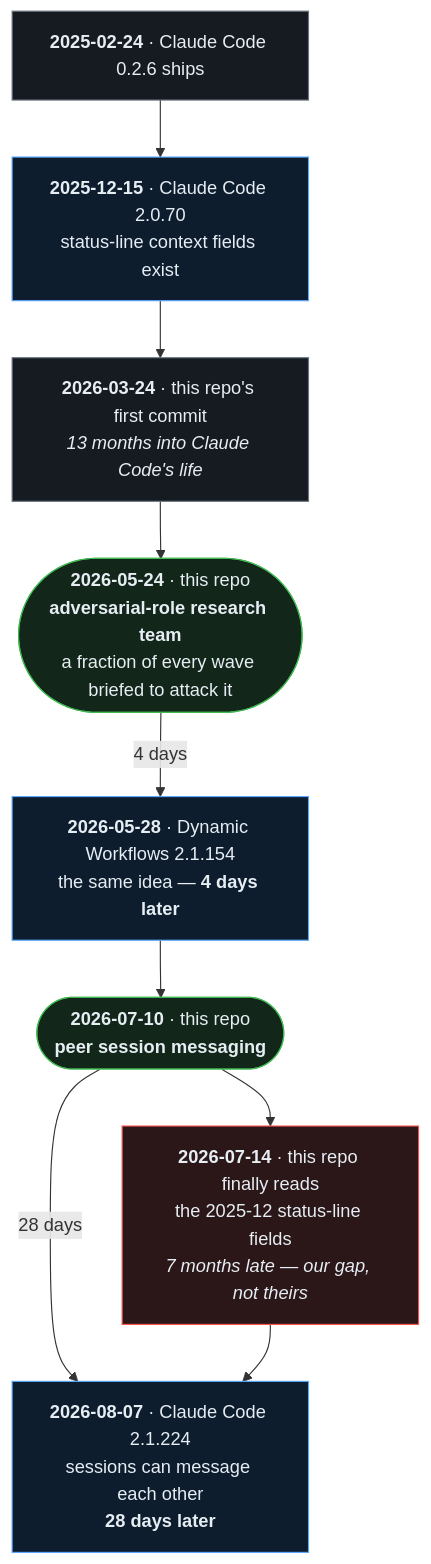
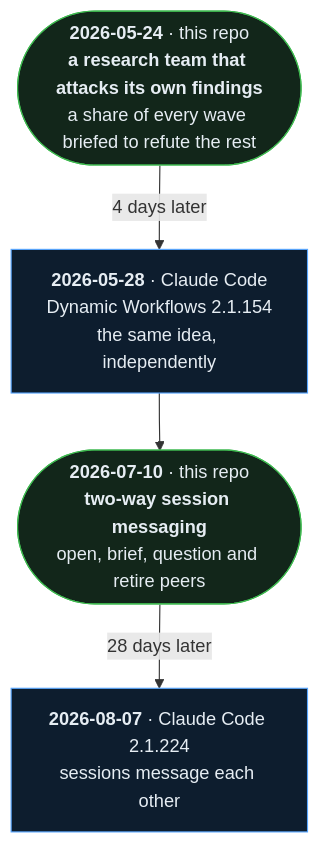
One commit to renchris/claude-infrastructure changed the first of 7 diagrams in README.md. Above: the diagram before and after it, drawn with Mermaid. The commit also changed other lines of this file and 7 other files, not shown here.

````diff
--- a/README.md
+++ b/README.md
@@ -74,25 +74,14 @@
 ```mermaid
 flowchart TB
-    T0["<b>2025-02-24</b> · Claude Code 0.2.6 ships"]
-    T1["<b>2025-12-15</b> · Claude Code 2.0.70<br/>status-line context fields exist"]
-    T2["<b>2026-03-24</b> · this repo's first commit<br/><i>13 months into Claude Code's life</i>"]
-    T3(["<b>2026-05-24</b> · this repo<br/><b>adversarial-role research team</b><br/>a fraction of every wave briefed to attack it"])
-    T4["<b>2026-05-28</b> · Dynamic Workflows 2.1.154<br/>the same idea — <b>4 days later</b>"]
-    T5(["<b>2026-07-10</b> · this repo<br/><b>peer session messaging</b>"])
-    T6["<b>2026-07-14</b> · this repo finally reads<br/>the 2025-12 status-line fields<br/><i>7 months late — our gap, not theirs</i>"]
-    T7["<b>2026-08-07</b> · Claude Code 2.1.224<br/>sessions can message each other<br/><b>28 days later</b>"]
-    T0 --> T1 --> T2 --> T3
-    T3 -->|"4 days"| T4
-    T4 --> T5
-    T5 -->|"28 days"| T7
-    T5 --> T6
-    T6 --> T7
+    A(["<b>2026-05-24</b> · this repo<br/><b>a research team that attacks its own findings</b><br/>a share of every wave briefed to refute the rest"])
+    B["<b>2026-05-28</b> · Claude Code<br/>Dynamic Workflows 2.1.154<br/>the same idea, independently"]
+    C(["<b>2026-07-10</b> · this repo<br/><b>two-way session messaging</b><br/>open, brief, question and retire peers"])
+    D["<b>2026-08-07</b> · Claude Code 2.1.224<br/>sessions message each other"]
+    A -->|"4 days later"| B
+    B --> C
+    C -->|"28 days later"| D
     classDef cc fill:#0d1d2e,stroke:#58a6ff,color:#e6edf3
     classDef win fill:#12261a,stroke:#3fb950,color:#e6edf3
-    classDef late fill:#2b1618,stroke:#f85149,color:#e6edf3
-    classDef base fill:#161b22,stroke:#6e7681,color:#e6edf3
-    class T0,T2 base
-    class T1,T4,T7 cc
-    class T3,T5 win
-    class T6 late
+    class B,D cc
+    class A,C win
 ```
````
